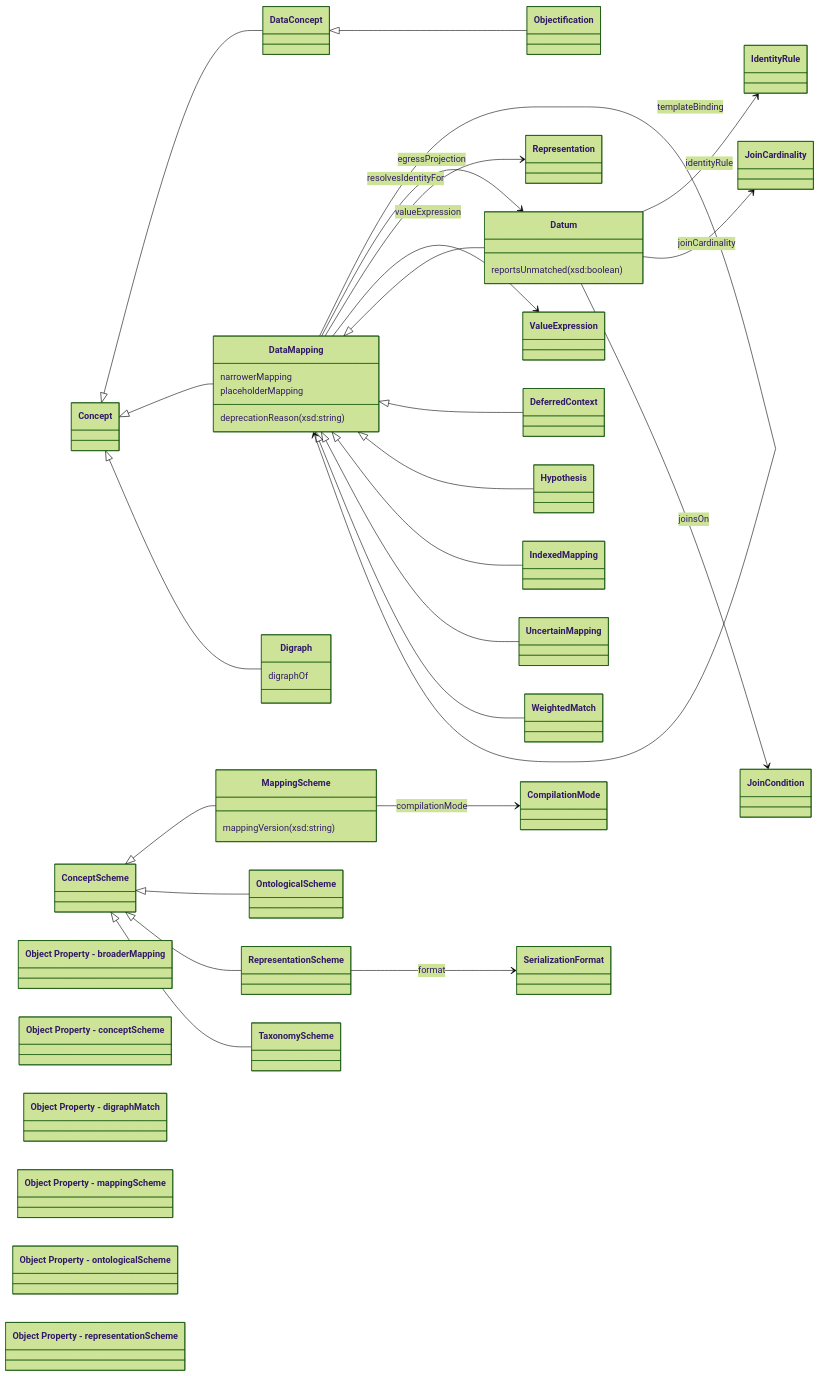
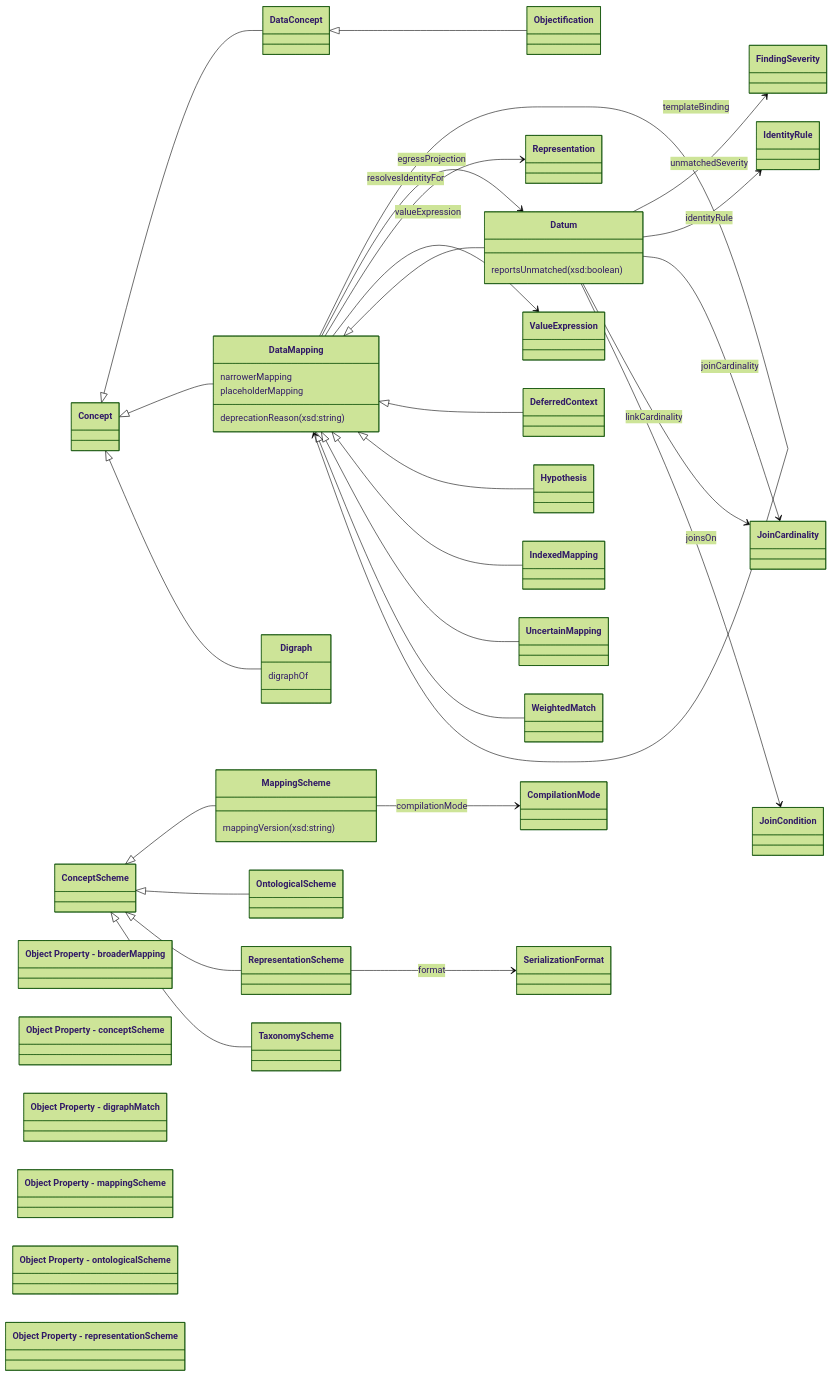
Before and after one commit to nebularis/lattice: the second of 16 diagrams in ontology/mork/README.md, drawn with Mermaid (forest theme). The commit also changed other lines of this file and 24 other files, not shown here.

````diff
--- a/ontology/mork/README.md
+++ b/ontology/mork/README.md
@@ -100,69 +100,72 @@
 ```mermaid
 classDiagram
     direction LR
     class CompilationMode
     class Concept
     class ConceptScheme
     class DataConcept
     class DataMapping {
         deprecationReason (xsd:string)
         narrowerMapping
         placeholderMapping
     }
     class Datum {
         reportsUnmatched (xsd:boolean)
     }
     class DeferredContext
     class Digraph {
         digraphOf
     }
+    class FindingSeverity
     class Hypothesis
     class IdentityRule
     class IndexedMapping
     class JoinCardinality
     class JoinCondition
     class MappingScheme {
         mappingVersion (xsd:string)
     }
     class Objectification
     class OntologicalScheme
     class Representation
     class RepresentationScheme
     class SerializationFormat
     class TaxonomyScheme
     class UncertainMapping
     class ValueExpression
     class WeightedMatch
     Concept <|-- DataConcept
     Concept <|-- DataMapping
     Concept <|-- Digraph
     ConceptScheme <|-- MappingScheme
     ConceptScheme <|-- OntologicalScheme
     ConceptScheme <|-- RepresentationScheme
     ConceptScheme <|-- TaxonomyScheme
     DataConcept <|-- Objectification
     DataMapping --> DataMapping : precedes
     DataMapping --> DataMapping : softPrecedes
     DataMapping --> DataMapping : supersedes
     DataMapping --> DataMapping : templateBinding
     DataMapping --> Datum : resolvesIdentityFor
     DataMapping --> Representation : egressProjection
     DataMapping --> ValueExpression : valueExpression
     DataMapping <|-- Datum
     DataMapping <|-- DeferredContext
     DataMapping <|-- Hypothesis
     DataMapping <|-- IndexedMapping
     DataMapping <|-- UncertainMapping
     DataMapping <|-- WeightedMatch
+    Datum --> FindingSeverity : unmatchedSeverity
     Datum --> IdentityRule : identityRule
     Datum --> JoinCardinality : joinCardinality
+    Datum --> JoinCardinality : linkCardinality
     Datum --> JoinCondition : joinsOn
     MappingScheme --> CompilationMode : compilationMode
     RepresentationScheme --> SerializationFormat : format
     class ObjectProperty_broaderMapping["Object Property - broaderMapping"]
     class ObjectProperty_conceptScheme["Object Property - conceptScheme"]
     class ObjectProperty_digraphMatch["Object Property - digraphMatch"]
     class ObjectProperty_mappingScheme["Object Property - mappingScheme"]
     class ObjectProperty_ontologicalScheme["Object Property - ontologicalScheme"]
     class ObjectProperty_representationScheme["Object Property - representationScheme"]
 ```
````
